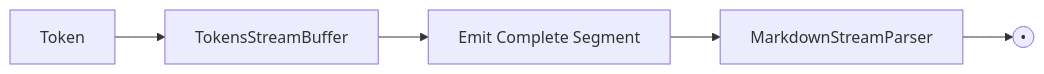
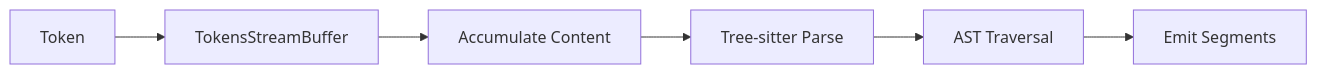
One commit to fructusmortus/markdown-stream-parser changed the first of 2 diagrams in README.md. Above: the diagram before and after it, drawn with Mermaid. The commit also changed other lines of this file, not shown here.

````diff
--- a/README.md
+++ b/README.md
@@ -291,7 +280,8 @@
 ```mermaid
 flowchart LR
     A[Token] --> B[TokensStreamBuffer]
-    B --> C[Emit Complete Segment]
-    C --> D[MarkdownStreamParser]
-    D --> F((•))
+    B --> C[Accumulate Content]
+    C --> D[Tree-sitter Parse]
+    D --> E[AST Traversal]
+    E --> F[Emit Segments]
 ```
````
